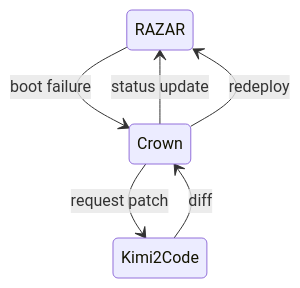
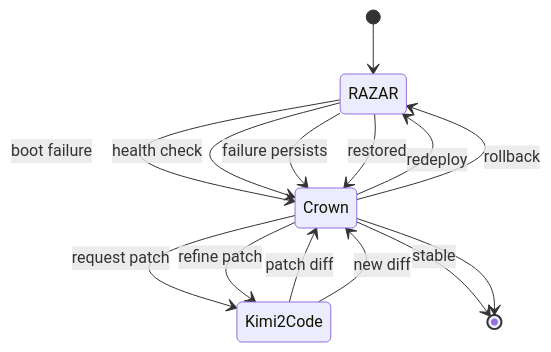
Before and after one commit to DINGIRABZU/ABZU: the diagram in docs/ignition_blueprint.md, drawn with Mermaid. The commit also changed other lines of this file and 3 other files, not shown here.

First line of the commit message:
docs: illustrate RAZAR↔Crown↔Kimi2Code recovery loop

````diff
--- a/docs/ignition_blueprint.md
+++ b/docs/ignition_blueprint.md
@@ -5,8 +5,16 @@
 ```mermaid
 stateDiagram-v2
+    [*] --> RAZAR
     RAZAR --> Crown: boot failure
-    Crown --> RAZAR: status update
     Crown --> Kimi2Code: request patch
-    Kimi2Code --> Crown: diff
+    Kimi2Code --> Crown: patch diff
     Crown --> RAZAR: redeploy
+    RAZAR --> Crown: health check
+    Crown --> [*]: stable
+    RAZAR --> Crown: failure persists
+    Crown --> Kimi2Code: refine patch
+    Kimi2Code --> Crown: new diff
+    Crown --> RAZAR: rollback
+    RAZAR --> Crown: restored
+    Crown --> [*]
 ```
````
